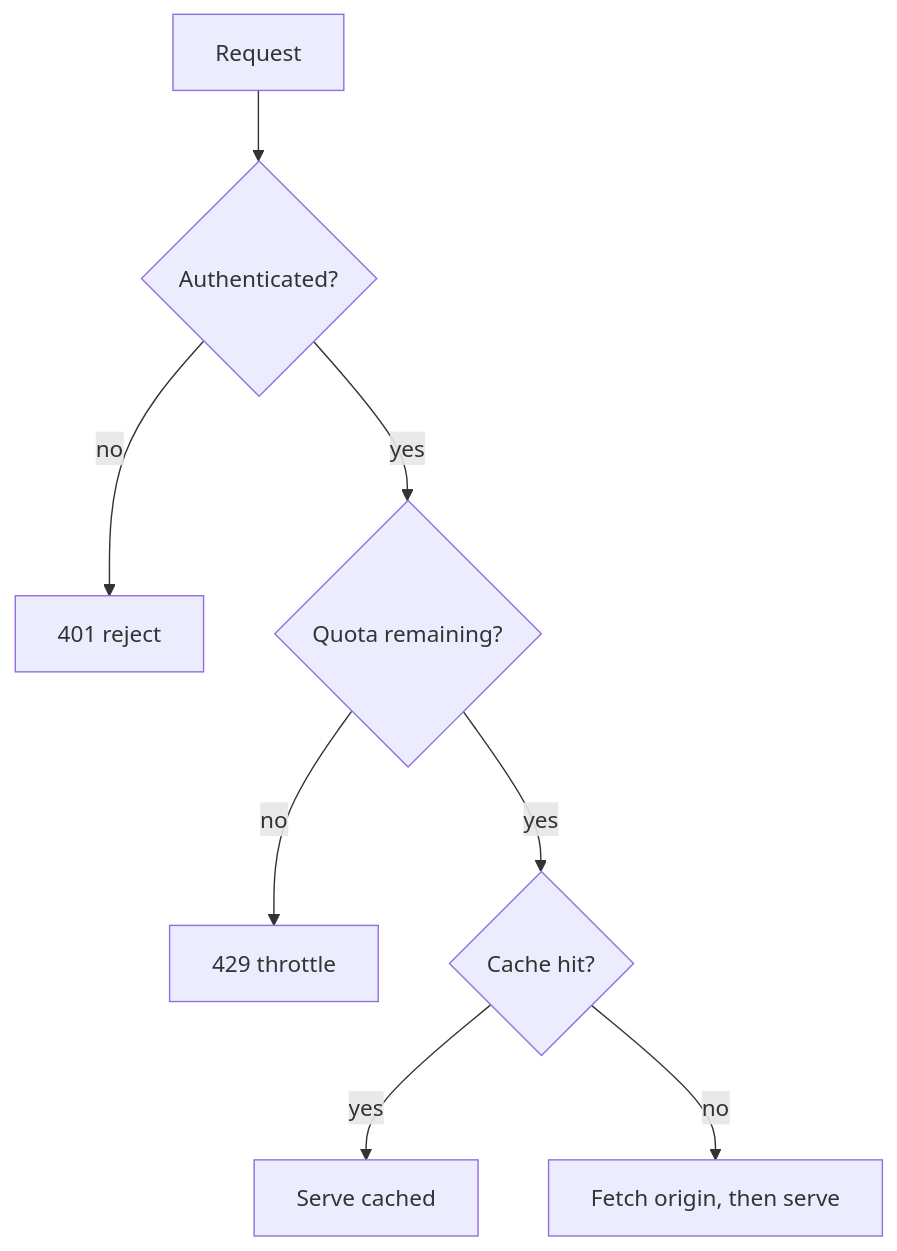
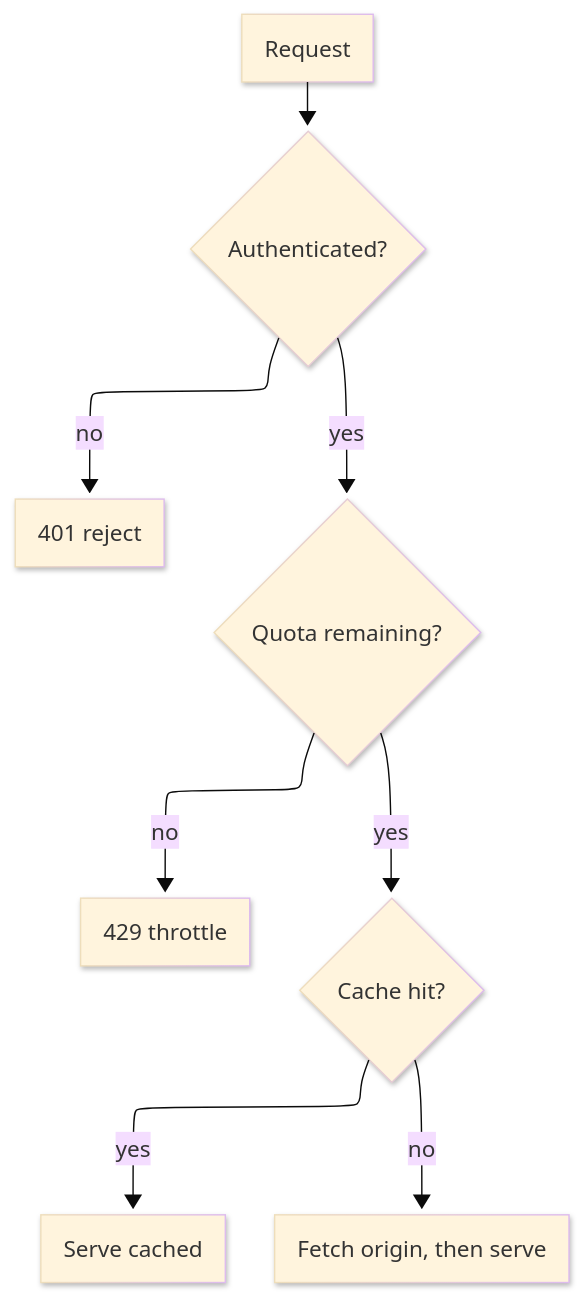
The diagram in docs/standards/information-structure.md (bsamiee/Rasm), drawn with Mermaid before and after one commit. The commit also changed other lines of this file and 18 other files, not shown here.

Commit message:
Refine standards Mermaid diagrams

````diff
--- a/docs/standards/information-structure.md
+++ b/docs/standards/information-structure.md
@@ -252,10 +252,22 @@
-```mermaid conceptual
+```mermaid
+---
+config:
+  layout: elk
+  look: neo
+  theme: base
+  elk:
+    mergeEdges: false
+    nodePlacementStrategy: BRANDES_KOEPF
+    cycleBreakingStrategy: GREEDY_MODEL_ORDER
+---
 flowchart TD
+    accTitle: Authentication and quota branch
+    accDescr: Request flow branches through authentication, quota, cache, and origin fetch states before serving or rejecting the request.
     Request --> Auth{"Authenticated?"}
     Auth -->|no| Reject["401 reject"]
     Auth -->|yes| Quota{"Quota remaining?"}
     Quota -->|no| Throttle["429 throttle"]
     Quota -->|yes| Cache{"Cache hit?"}
     Cache -->|yes| Serve["Serve cached"]
     Cache -->|no| Origin["Fetch origin, then serve"]
 ```
````
